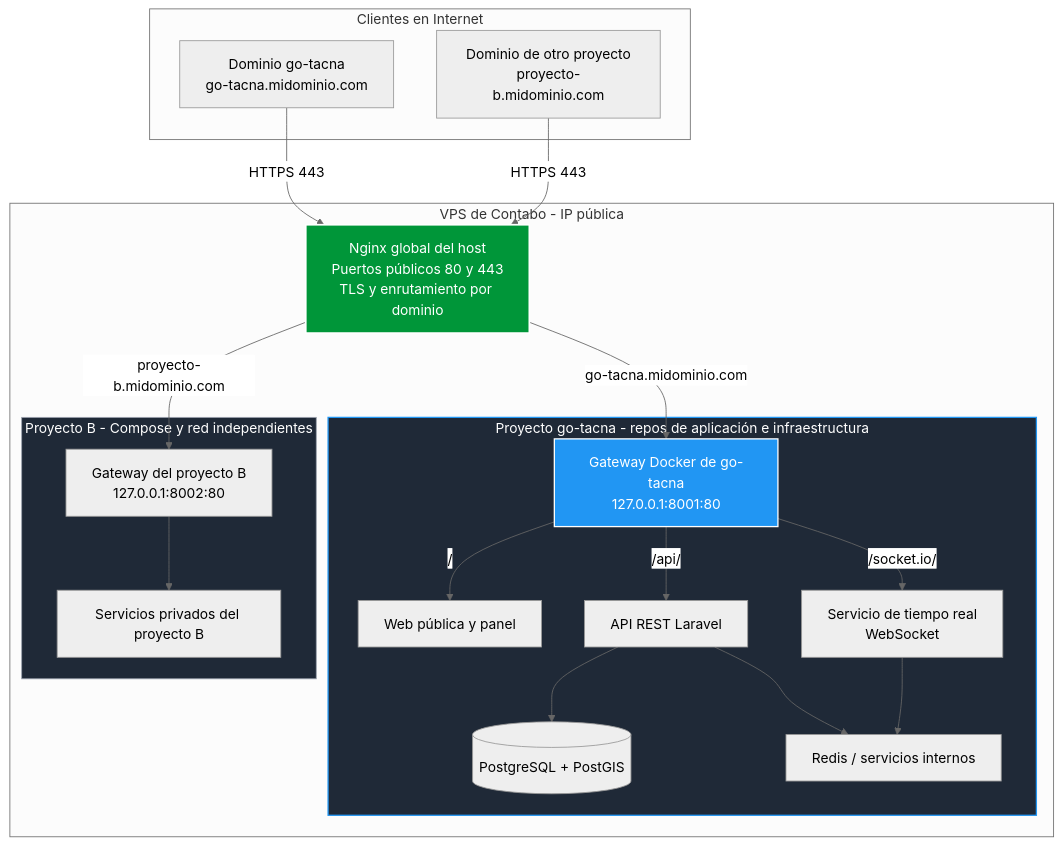
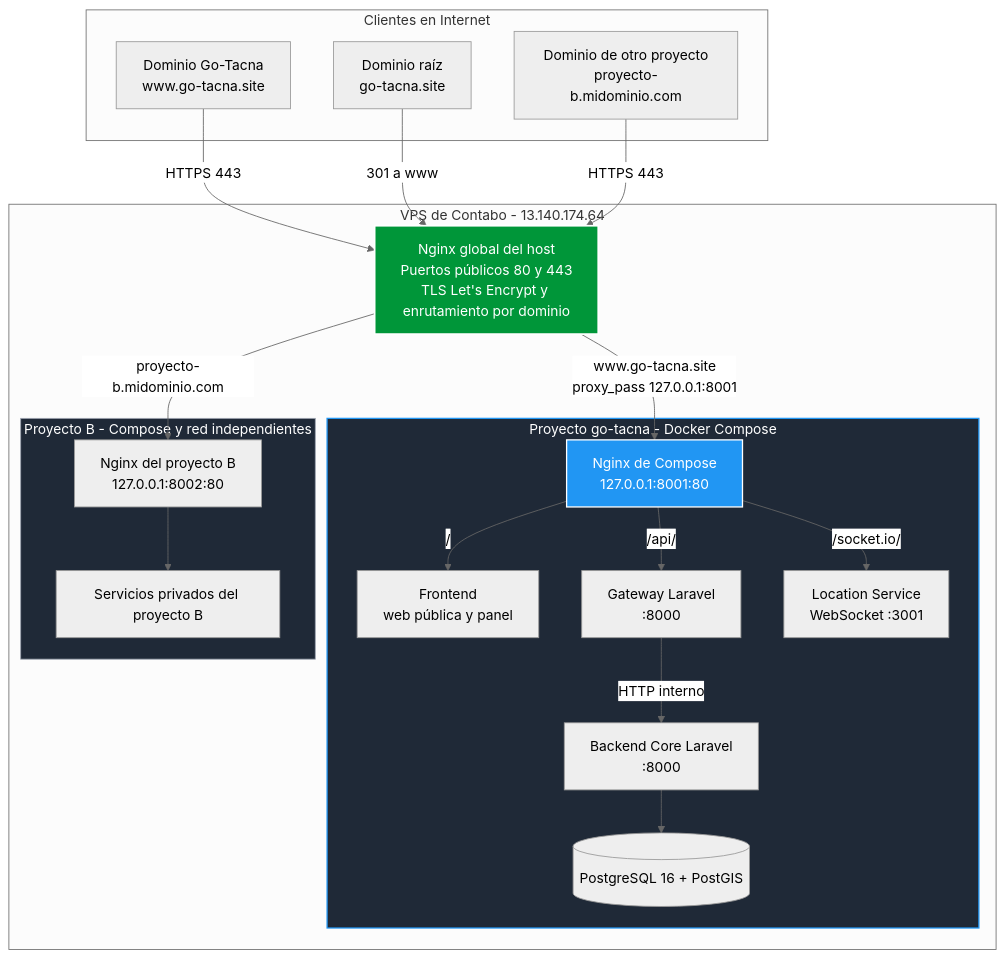
The diagram in arquitectura/Diagrama-de-infraestructura-multidominio-independiente.mmd (tuChaski/go-tacna-docs), drawn with Mermaid (neutral theme) before and after one commit. The commit also changed 17 other files, not shown here.

```diff
--- a/arquitectura/Diagrama-de-infraestructura-multidominio-independiente.mmd
+++ b/arquitectura/Diagrama-de-infraestructura-multidominio-independiente.mmd
@@ -1,45 +1,46 @@
 graph TD
     %% CLIENTES Y DOMINIOS
     subgraph Internet [Clientes en Internet]
-        D1[Dominio go-tacna<br/>go-tacna.midominio.com]
+        D1[Dominio Go-Tacna<br/>www.go-tacna.site]
+        D1R[Dominio raíz<br/>go-tacna.site]
         D2[Dominio de otro proyecto<br/>proyecto-b.midominio.com]
     end
 
     %% VPS CONTABO
-    subgraph VPS [VPS de Contabo - IP pública]
-        NginxHost[Nginx global del host<br/>Puertos públicos 80 y 443<br/>TLS y enrutamiento por dominio]
+    subgraph VPS [VPS de Contabo - 13.140.174.64]
+        NginxHost[Nginx global del host<br/>Puertos públicos 80 y 443<br/>TLS Let's Encrypt y enrutamiento por dominio]
 
         %% PROYECTO GO-TACNA
-        subgraph GoTacna [Proyecto go-tacna - repos de aplicación e infraestructura]
-            GatewayGoTacna[Gateway Docker de go-tacna<br/>127.0.0.1:8001:80]
-            Web[Web pública y panel]
-            Realtime[Servicio de tiempo real<br/>WebSocket]
-            Backend[API REST Laravel]
-            DB[(PostgreSQL + PostGIS)]
-            Cache[Redis / servicios internos]
+        subgraph GoTacna [Proyecto go-tacna - Docker Compose]
+            NginxCompose[Nginx de Compose<br/>127.0.0.1:8001:80]
+            Web[Frontend<br/>web pública y panel]
+            Gateway[Gateway Laravel<br/>:8000]
+            Backend[Backend Core Laravel<br/>:8000]
+            Realtime[Location Service<br/>WebSocket :3001]
+            DB[(PostgreSQL 16 + PostGIS)]
         end
 
         %% OTRO PROYECTO INDEPENDIENTE
         subgraph ProyectoB [Proyecto B - Compose y red independientes]
-            GatewayB[Gateway del proyecto B<br/>127.0.0.1:8002:80]
+            GatewayB[Nginx del proyecto B<br/>127.0.0.1:8002:80]
             ServiciosB[Servicios privados del proyecto B]
         end
     end
 
     D1 -->|HTTPS 443| NginxHost
+    D1R -->|301 a www| NginxHost
     D2 -->|HTTPS 443| NginxHost
-    NginxHost -->|go-tacna.midominio.com| GatewayGoTacna
+    NginxHost -->|www.go-tacna.site<br/>proxy_pass 127.0.0.1:8001| NginxCompose
     NginxHost -->|proyecto-b.midominio.com| GatewayB
 
-    GatewayGoTacna -->|/| Web
-    GatewayGoTacna -->|/socket.io/| Realtime
-    GatewayGoTacna -->|/api/| Backend
+    NginxCompose -->|/| Web
+    NginxCompose -->|/api/| Gateway
+    NginxCompose -->|/socket.io/| Realtime
+    Gateway -->|HTTP interno| Backend
     Backend --> DB
-    Backend --> Cache
-    Realtime --> Cache
     GatewayB --> ServiciosB
 
     style NginxHost fill:#009639,stroke:#fff,stroke-width:2px,color:#fff
-    style GatewayGoTacna fill:#2196F3,stroke:#fff,stroke-width:1.5px,color:#fff
+    style NginxCompose fill:#2196F3,stroke:#fff,stroke-width:1.5px,color:#fff
     style GoTacna fill:#1f2937,stroke:#2196F3,stroke-width:1.5px,color:#fff
     style ProyectoB fill:#1f2937,stroke:#9ca3af,stroke-width:1px,color:#fff
```
